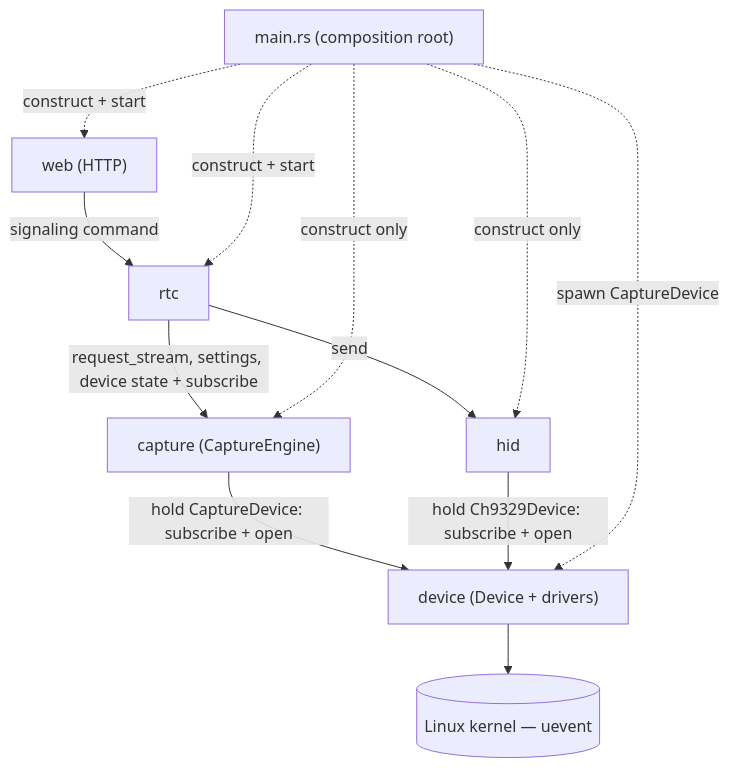
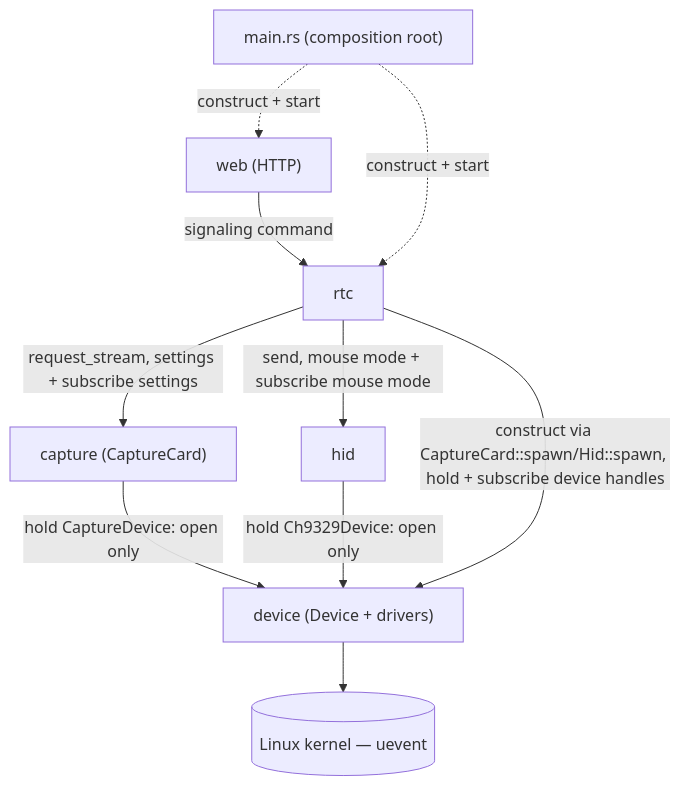
One commit to siammridha/simple_kvm changed the diagram in docs/ARCHITECTURE.md. Above: the diagram before and after it, drawn with Mermaid. The commit also changed other lines of this file and 12 other files, not shown here.

First line of the commit message:
Rename CaptureEngine to CaptureCard, sync docs to current device design (issue #024)

````diff
--- a/docs/ARCHITECTURE.md
+++ b/docs/ARCHITECTURE.md
@@ -119,23 +124,21 @@
 ```mermaid
 graph TD
     main["main.rs (composition root)"]
     device["device (Device<D> + drivers)"]
-    capture["capture (CaptureEngine)"]
+    capture["capture (CaptureCard)"]
     hid["hid"]
     rtc["rtc"]
     web["web (HTTP)"]
     kernel[("Linux kernel — uevent")]
 
     device --> kernel
-    capture -->|hold CaptureDevice: subscribe + open| device
-    hid -->|hold Ch9329Device: subscribe + open| device
-    rtc -->|request_stream, settings, device state + subscribe| capture
-    rtc -->|send| hid
+    capture -->|hold CaptureDevice: open only| device
+    hid -->|hold Ch9329Device: open only| device
+    rtc -->|request_stream, settings + subscribe settings| capture
+    rtc -->|send, mouse mode + subscribe mouse mode| hid
+    rtc -->|construct via CaptureCard::spawn/Hid::spawn, hold + subscribe device handles| device
     web -->|signaling command| rtc
 
-    main -. spawn CaptureDevice .-> device
     main -. construct + start .-> rtc
     main -. construct + start .-> web
-    main -. construct only .-> capture
-    main -. construct only .-> hid
 ```
````
